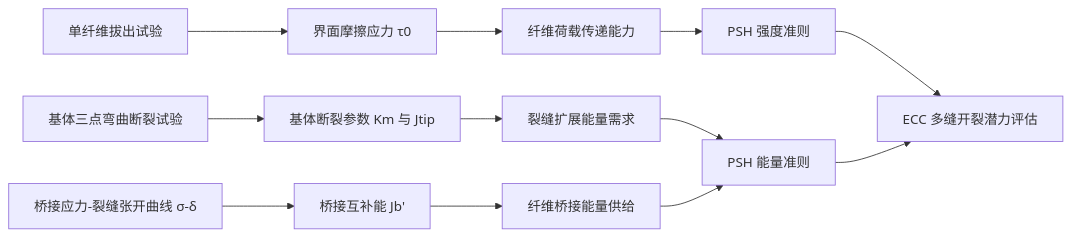
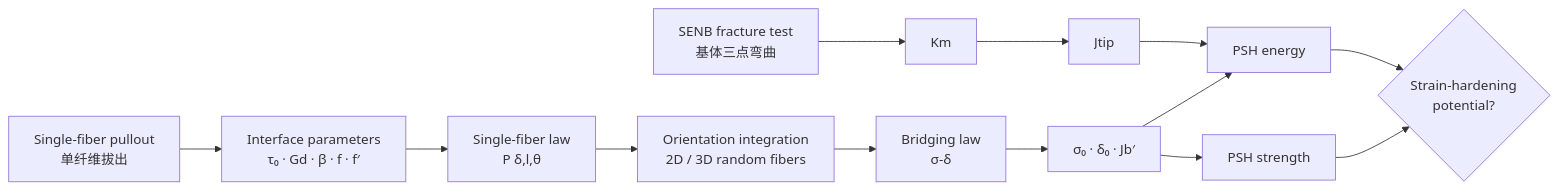
Before and after one commit to liqinglq666/ECC-Micromechanics-Calculator: the first of 10 diagrams in README.md, drawn with Mermaid. The commit also changed other lines of this file, not shown here.

````diff
--- a/README.md
+++ b/README.md
@@ -29,14 +34,15 @@
 ```mermaid
 flowchart LR
-    A[单纤维拔出试验] --> B[界面摩擦应力 τ0]
-    C[基体三点弯曲断裂试验] --> D[基体断裂参数 Km 与 Jtip]
-    E[桥接应力-裂缝张开曲线 σ-δ] --> F[桥接互补能 Jb']
-    B --> G[纤维荷载传递能力]
-    D --> H[裂缝扩展能量需求]
-    F --> I[纤维桥接能量供给]
-    G --> J[PSH 强度准则]
-    H --> K[PSH 能量准则]
+    A[Single-fiber pullout<br/>单纤维拔出] --> B[Interface parameters<br/>τ₀ · Gd · β · f · f′]
+    C[SENB fracture test<br/>基体三点弯曲] --> D[Km]
+    D --> E[Jtip]
+    B --> F[Single-fiber law<br/>P δ,l,θ]
+    F --> G[Orientation integration<br/>2D / 3D random fibers]
+    G --> H[Bridging law<br/>σ-δ]
+    H --> I[σ₀ · δ₀ · Jb′]
+    I --> J[PSH strength]
+    E --> K[PSH energy]
     I --> K
-    J --> L[ECC 多缝开裂潜力评估]
+    J --> L{Strain-hardening<br/>potential?}
     K --> L
 ```
````
